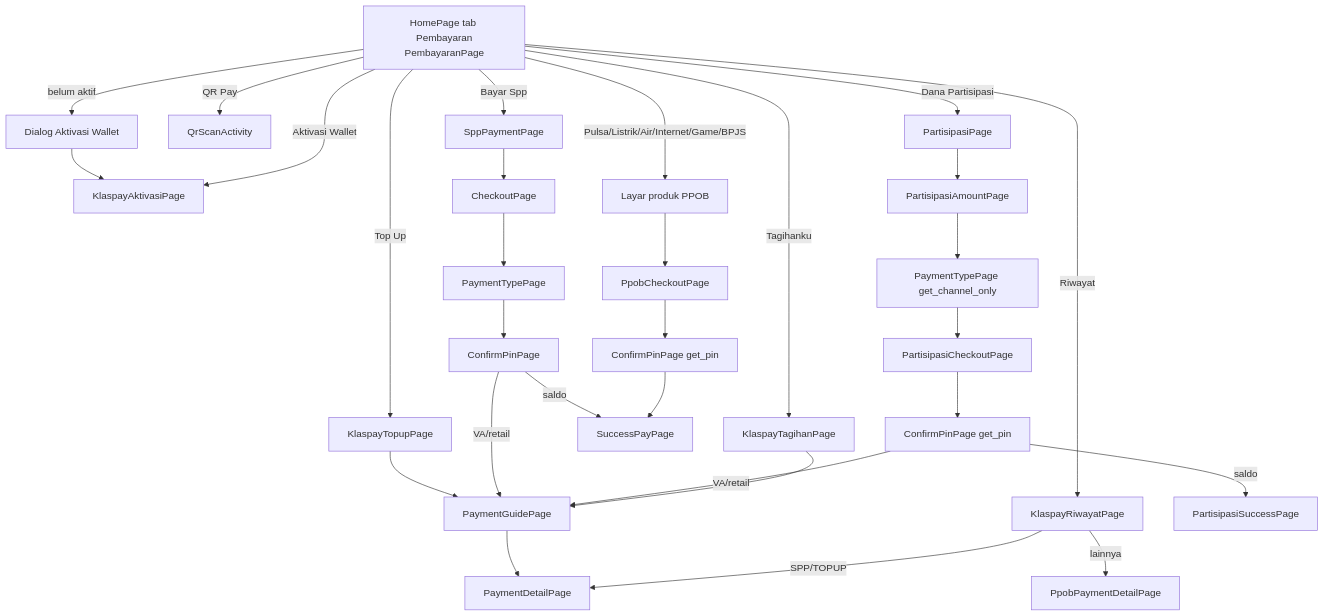
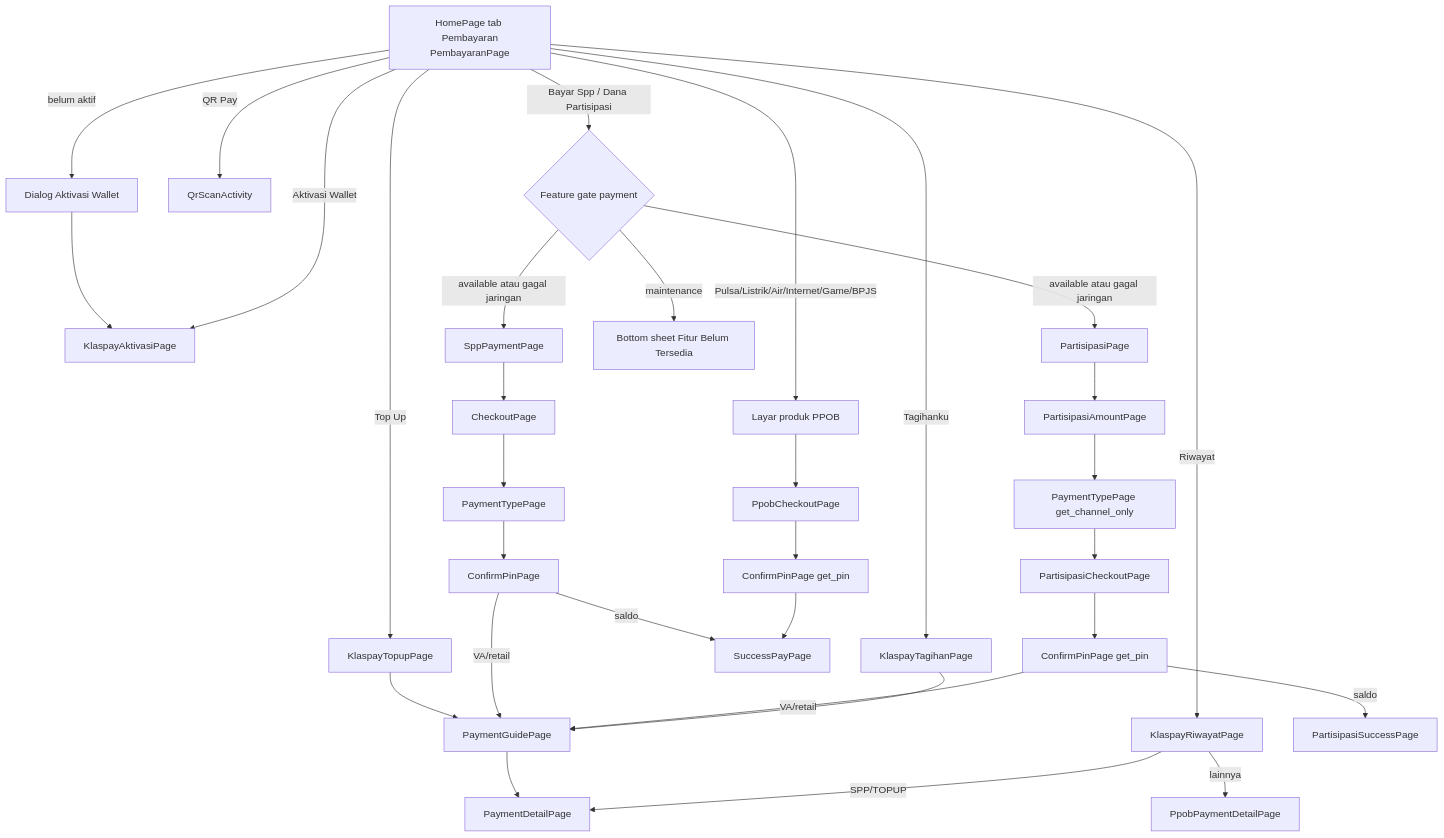
Before and after one commit to husnunn/app-diskola: the first of 6 diagrams in docs/migrasi/08-keuangan-pembayaran-klaspay-ppob.md, drawn with Mermaid. The commit also changed other lines of this file and 20 other files, not shown here.

````diff
--- a/docs/migrasi/08-keuangan-pembayaran-klaspay-ppob.md
+++ b/docs/migrasi/08-keuangan-pembayaran-klaspay-ppob.md
@@ -66,25 +73,27 @@
 ```mermaid
 flowchart TD
     HOME[HomePage tab Pembayaran<br/>PembayaranPage] -->|belum aktif| ACT[Dialog Aktivasi Wallet]
     ACT --> KA[KlaspayAktivasiPage]
     HOME -->|Aktivasi Wallet| KA
     HOME -->|Top Up| TU[KlaspayTopupPage]
     HOME -->|QR Pay| QR[QrScanActivity]
     HOME -->|Riwayat| RW[KlaspayRiwayatPage]
     HOME -->|Tagihanku| TG[KlaspayTagihanPage]
-    HOME -->|Bayar Spp| SPP[SppPaymentPage]
-    HOME -->|Dana Partisipasi| DP[PartisipasiPage]
+    HOME -->|Bayar Spp / Dana Partisipasi| FG{Feature gate payment}
+    FG -->|available atau gagal jaringan| SPP[SppPaymentPage]
+    FG -->|available atau gagal jaringan| DP[PartisipasiPage]
+    FG -->|maintenance| FGS[Bottom sheet Fitur Belum Tersedia]
     HOME -->|Pulsa/Listrik/Air/Internet/Game/BPJS| PPOB[Layar produk PPOB]
     TU --> GUIDE[PaymentGuidePage]
     SPP --> CO[CheckoutPage] --> PT[PaymentTypePage] --> PIN[ConfirmPinPage]
     PIN -->|saldo| SUC[SuccessPayPage]
     PIN -->|VA/retail| GUIDE
     DP --> DPA[PartisipasiAmountPage] --> PT2[PaymentTypePage get_channel_only] --> DPC[PartisipasiCheckoutPage] --> PIN2[ConfirmPinPage get_pin]
     PIN2 -->|saldo| DPS[PartisipasiSuccessPage]
     PIN2 -->|VA/retail| GUIDE
     PPOB --> PCO[PpobCheckoutPage] --> PIN3[ConfirmPinPage get_pin] --> SUC
     TG --> GUIDE
     GUIDE --> PD[PaymentDetailPage]
     RW -->|SPP/TOPUP| PD
     RW -->|lainnya| PPD[PpobPaymentDetailPage]
 ```
````
